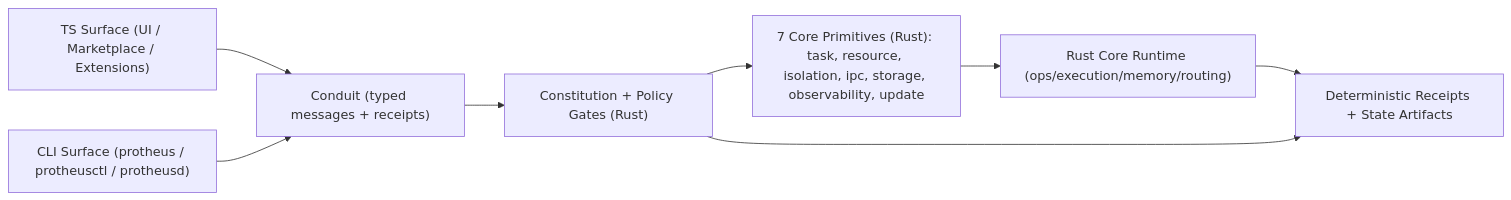
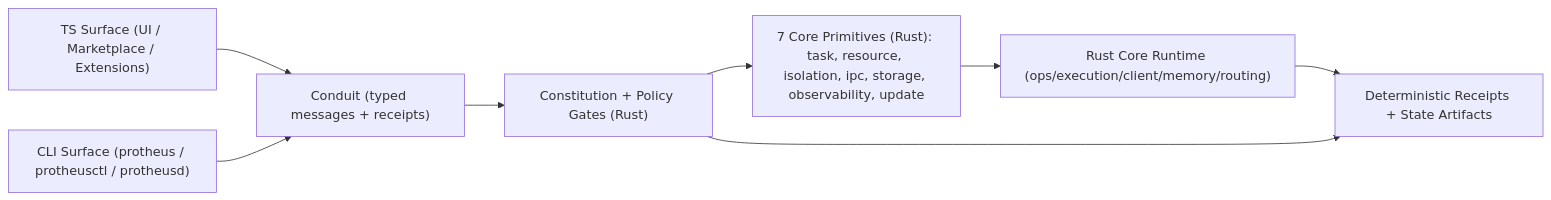
One commit to jakerslam/protheus changed the diagram in ARCHITECTURE.md. Above: the diagram before and after it, drawn with Mermaid. The commit also changed other lines of this file and 6026 other files, not shown here.

Commit message:
migrate to core/client layout and enforce conduit-only client boundary

````diff
--- a/ARCHITECTURE.md
+++ b/ARCHITECTURE.md
@@ -15,18 +15,18 @@
 ```mermaid
 flowchart LR
     UI["TS Surface (UI / Marketplace / Extensions)"]
     CLI["CLI Surface (protheus / protheusctl / protheusd)"]
     CONDUIT["Conduit (typed messages + receipts)"]
     POLICY["Constitution + Policy Gates (Rust)"]
     PRIMS["7 Core Primitives (Rust): task, resource, isolation, ipc, storage, observability, update"]
-    CORE["Rust Core Runtime (ops/execution/memory/routing)"]
+    CORE["Rust Core Runtime (ops/execution/client/memory/routing)"]
     STATE["Deterministic Receipts + State Artifacts"]
 
     UI --> CONDUIT
     CLI --> CONDUIT
     CONDUIT --> POLICY
     POLICY --> PRIMS
     PRIMS --> CORE
     CORE --> STATE
     POLICY --> STATE
 ```
````
